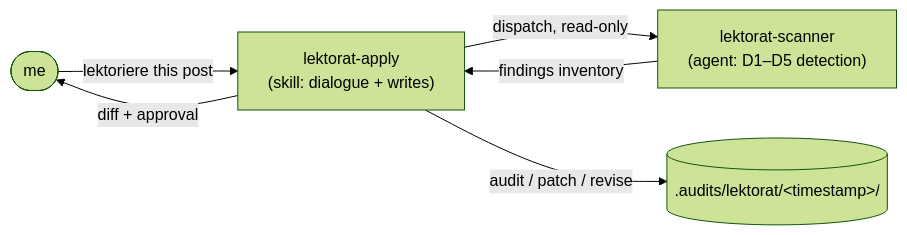
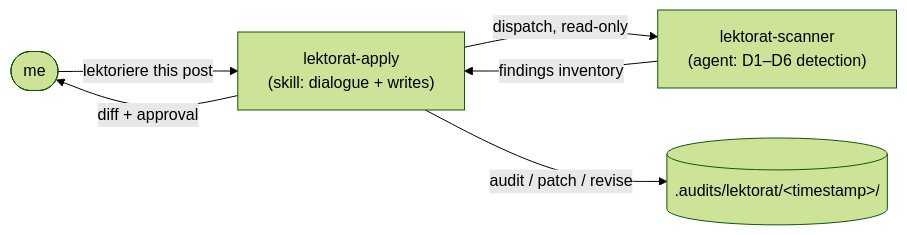
Before and after one commit to nolte/blog: the diagram in src/content/posts/en/how-lektorat-audits-my-docs.md, drawn with Mermaid (forest theme). The commit also changed other lines of this file, not shown here.

Commit message:
fix(blog): bring the EN how-lektorat post to six dimensions (#16)

````diff
--- a/src/content/posts/en/how-lektorat-audits-my-docs.md
+++ b/src/content/posts/en/how-lektorat-audits-my-docs.md
@@ -47,8 +48,8 @@
 ```mermaid
 flowchart LR
     Me([me]) -->|"lektoriere this post"| Skill["lektorat-apply<br/>(skill: dialogue + writes)"]
-    Skill -->|dispatch, read-only| Scanner["lektorat-scanner<br/>(agent: D1–D5 detection)"]
+    Skill -->|dispatch, read-only| Scanner["lektorat-scanner<br/>(agent: D1–D6 detection)"]
     Scanner -->|findings inventory| Skill
     Skill -->|audit / patch / revise| Trail[(".audits/lektorat/&lt;timestamp&gt;/")]
     Skill -->|diff + approval| Me
 ```
````
